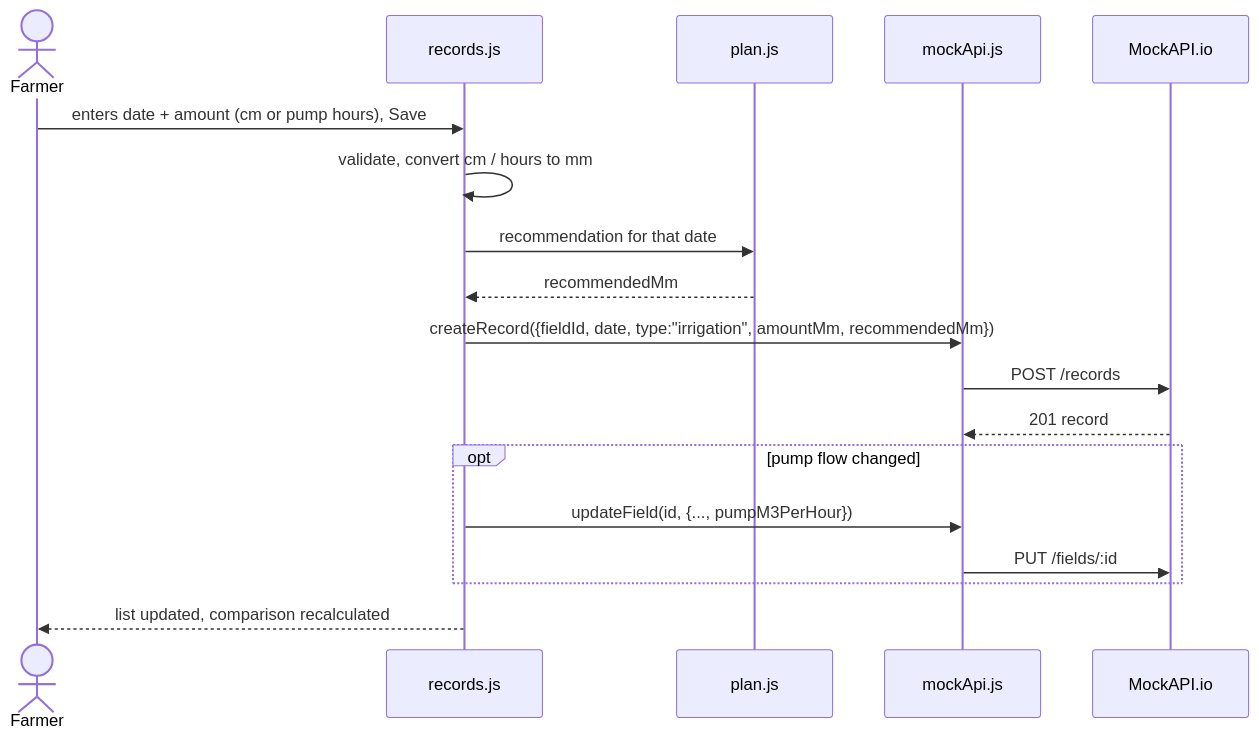
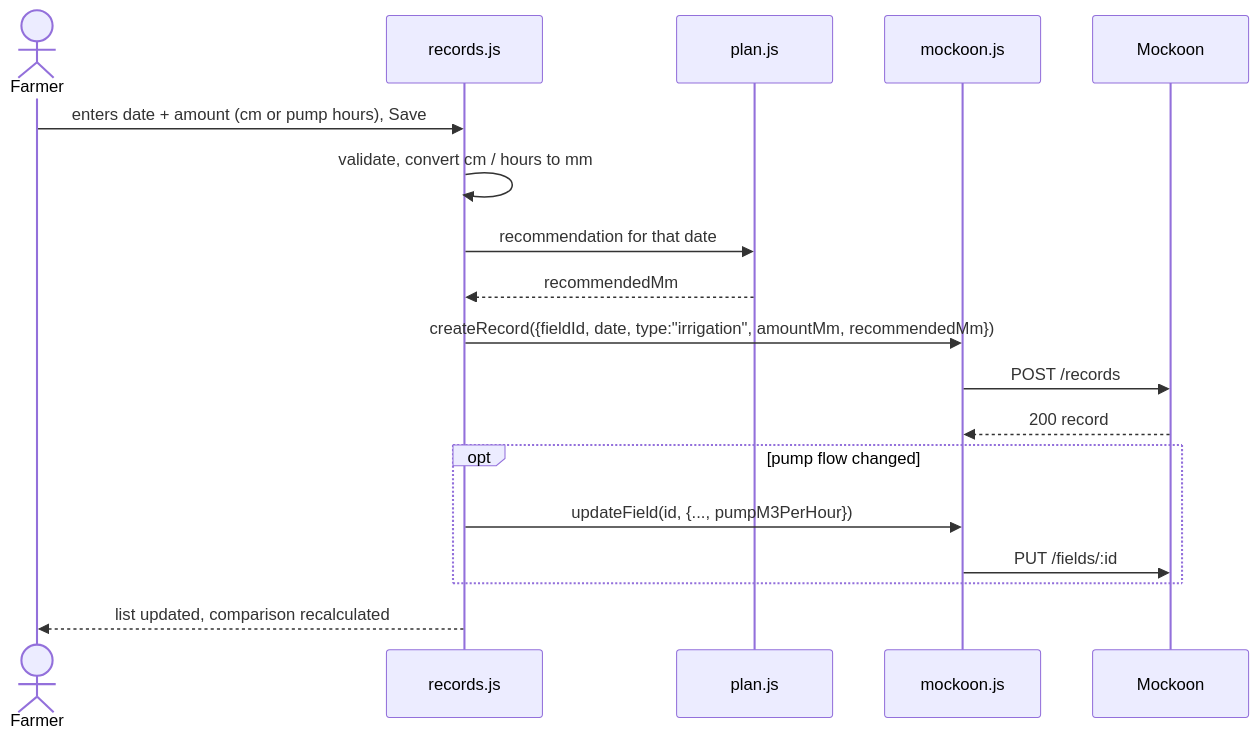
The tenth of 13 diagrams in ARCHITECTURE.md (ViiUnknown/aquaplan), drawn with Mermaid before and after one commit. The commit also changed other lines of this file and 35 other files, not shown here.

````diff
--- a/ARCHITECTURE.md
+++ b/ARCHITECTURE.md
@@ -383,21 +391,21 @@
 ```mermaid
 sequenceDiagram
     actor U as Farmer
     participant V as records.js
     participant MOD as plan.js
-    participant MA as mockApi.js
-    participant M as MockAPI.io
+    participant MA as mockoon.js
+    participant M as Mockoon
 
     U->>V: enters date + amount (cm or pump hours), Save
     V->>V: validate, convert cm / hours to mm
     V->>MOD: recommendation for that date
     MOD-->>V: recommendedMm
     V->>MA: createRecord({fieldId, date, type:"irrigation", amountMm, recommendedMm})
     MA->>M: POST /records
-    M-->>MA: 201 record
+    M-->>MA: 200 record
     opt pump flow changed
         V->>MA: updateField(id, {..., pumpM3PerHour})
         MA->>M: PUT /fields/:id
     end
     V-->>U: list updated, comparison recalculated
 ```
````
